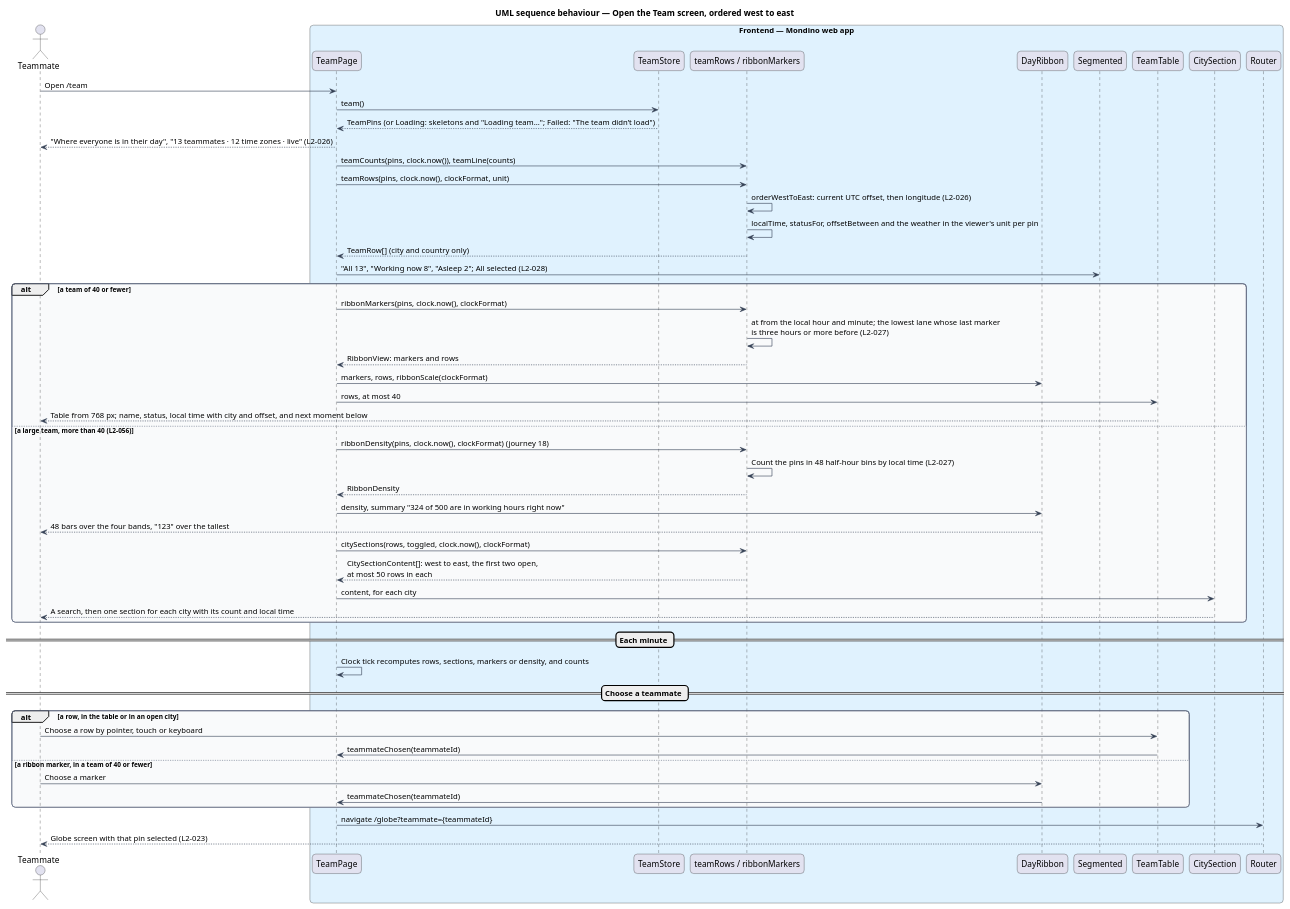
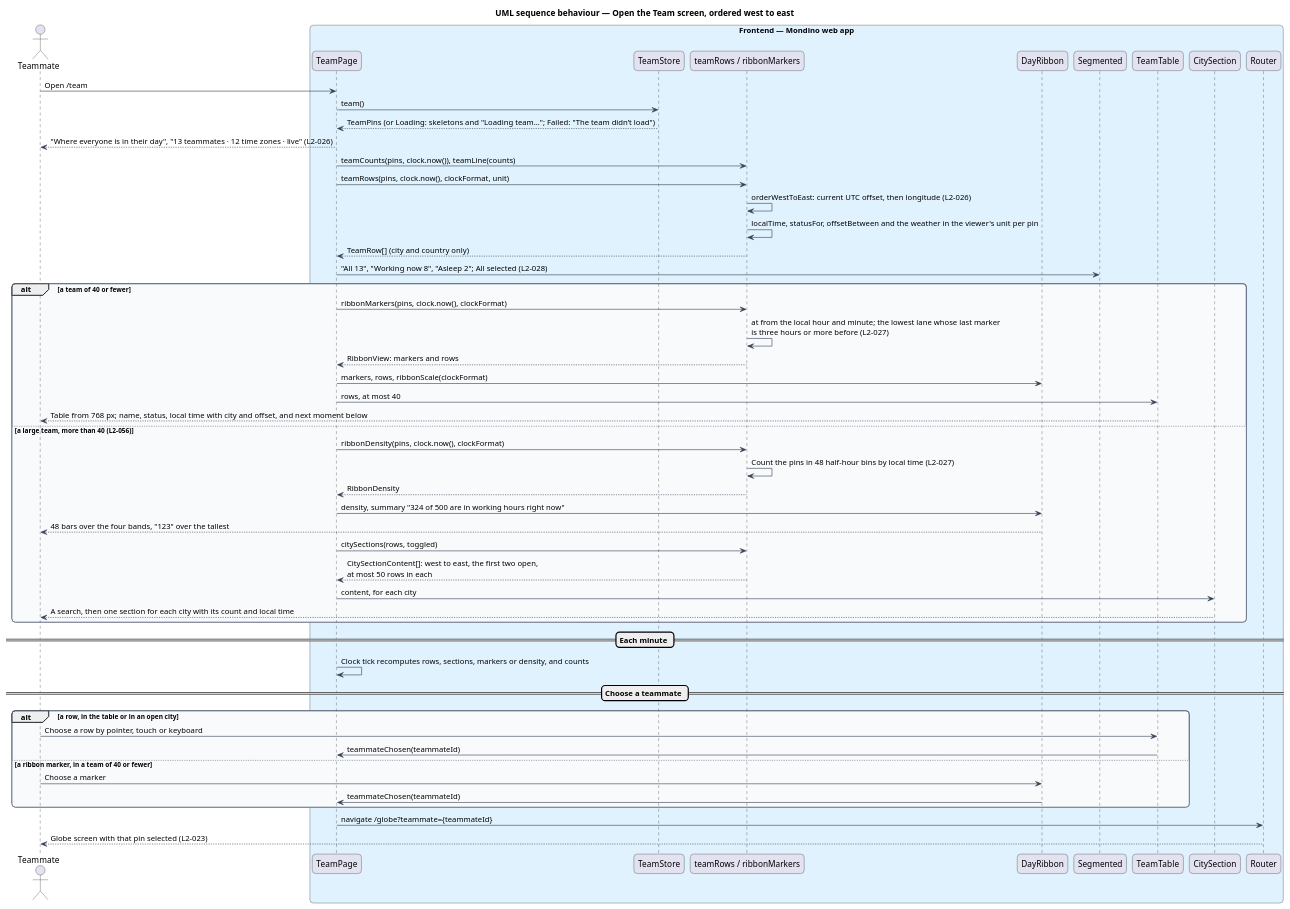
One commit to QuinntyneBrown/Mondino changed the diagram in docs/detailed-designs/team/view-team-through-the-day/diagrams/sequence-open-team-screen.puml. Above: the diagram before and after it, drawn with PlantUML. The commit also changed 17 other files, not shown here.

```diff
--- a/docs/detailed-designs/team/view-team-through-the-day/diagrams/sequence-open-team-screen.puml
+++ b/docs/detailed-designs/team/view-team-through-the-day/diagrams/sequence-open-team-screen.puml
@@ -1,68 +1,68 @@
 @startuml
 title UML sequence behaviour — Open the Team screen, ordered west to east
 skinparam backgroundColor #FFFFFF
 skinparam shadowing false
 skinparam roundcorner 12
 skinparam defaultFontName Arial
 skinparam ArrowColor #344054
 skinparam rectangle {
   BorderColor #344054
   FontColor #101828
 }
 skinparam package {
   BorderColor #667085
   FontColor #101828
   BackgroundColor #F9FAFB
 }
 actor "Teammate" as actor
 box "Frontend — Mondino web app" #E0F2FE
   participant "TeamPage" as page
   participant "TeamStore" as store
   participant "teamRows / ribbonMarkers" as fn
   participant "DayRibbon" as ribbon
   participant "Segmented" as chips
   participant "TeamTable" as table
   participant "CitySection" as city
   participant "Router" as router
 end box
 actor -> page : Open /team
 page -> store : team()
 store --> page : TeamPins (or Loading: skeletons and "Loading team…"; Failed: "The team didn’t load")
 page --> actor : "Where everyone is in their day", "13 teammates · 12 time zones · live" (L2-026)
 page -> fn : teamCounts(pins, clock.now()), teamLine(counts)
 page -> fn : teamRows(pins, clock.now(), clockFormat, unit)
 fn -> fn : orderWestToEast: current UTC offset, then longitude (L2-026)
 fn -> fn : localTime, statusFor, offsetBetween and the weather in the viewer's unit per pin
 fn --> page : TeamRow[] (city and country only)
 page -> chips : "All 13", "Working now 8", "Asleep 2"; All selected (L2-028)
 alt a team of 40 or fewer
   page -> fn : ribbonMarkers(pins, clock.now(), clockFormat)
   fn -> fn : at from the local hour and minute; the lowest lane whose last marker\nis three hours or more before (L2-027)
   fn --> page : RibbonView: markers and rows
   page -> ribbon : markers, rows, ribbonScale(clockFormat)
   page -> table : rows, at most 40
   table --> actor : Table from 768 px; name, status, local time with city and offset, and next moment below
 else a large team, more than 40 (L2-056)
-  page -> fn : ribbonDensity(pins, clock.now(), clockFormat) (journey 18)
+  page -> fn : ribbonDensity(pins, clock.now(), clockFormat)
   fn -> fn : Count the pins in 48 half-hour bins by local time (L2-027)
   fn --> page : RibbonDensity
   page -> ribbon : density, summary "324 of 500 are in working hours right now"
   ribbon --> actor : 48 bars over the four bands, "123" over the tallest
-  page -> fn : citySections(rows, toggled, clock.now(), clockFormat)
+  page -> fn : citySections(rows, toggled)
   fn --> page : CitySectionContent[]: west to east, the first two open,\nat most 50 rows in each
   page -> city : content, for each city
   city --> actor : A search, then one section for each city with its count and local time
 end
 == Each minute ==
 page -> page : Clock tick recomputes rows, sections, markers or density, and counts
 == Choose a teammate ==
 alt a row, in the table or in an open city
   actor -> table : Choose a row by pointer, touch or keyboard
   table -> page : teammateChosen(teammateId)
 else a ribbon marker, in a team of 40 or fewer
   actor -> ribbon : Choose a marker
   ribbon -> page : teammateChosen(teammateId)
 end
 page -> router : navigate /globe?teammate={teammateId}
 router --> actor : Globe screen with that pin selected (L2-023)
 @enduml
```
